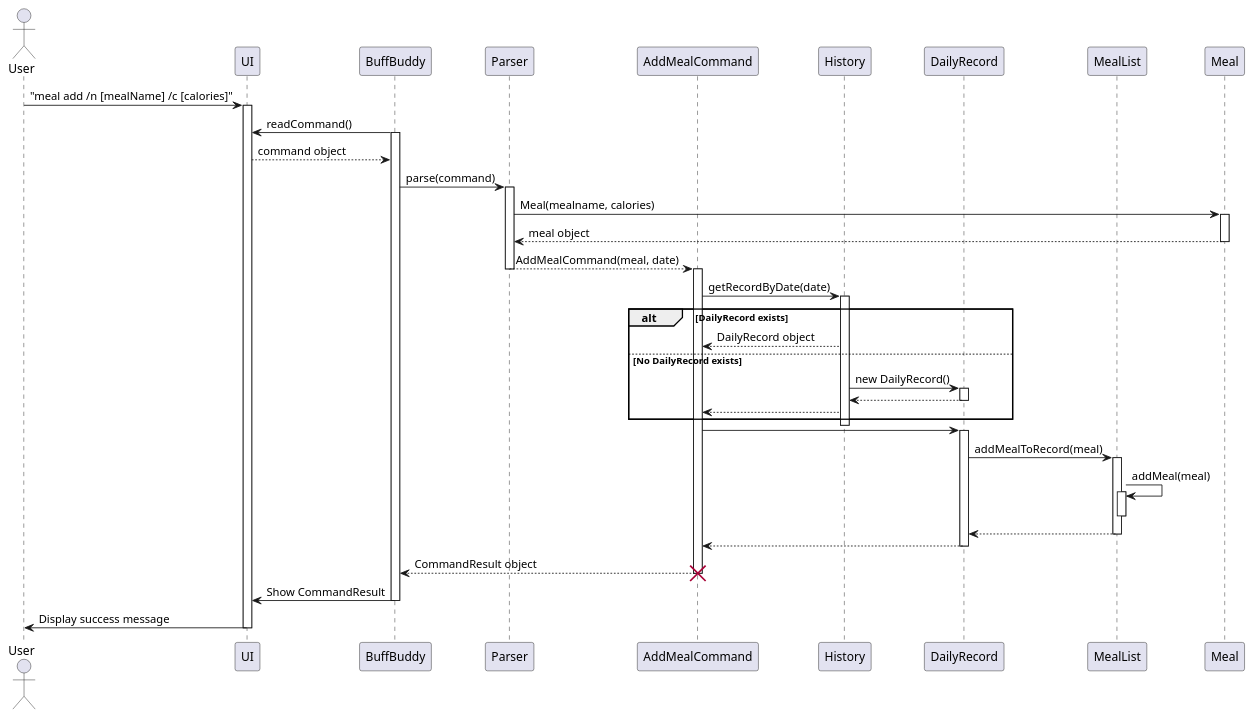
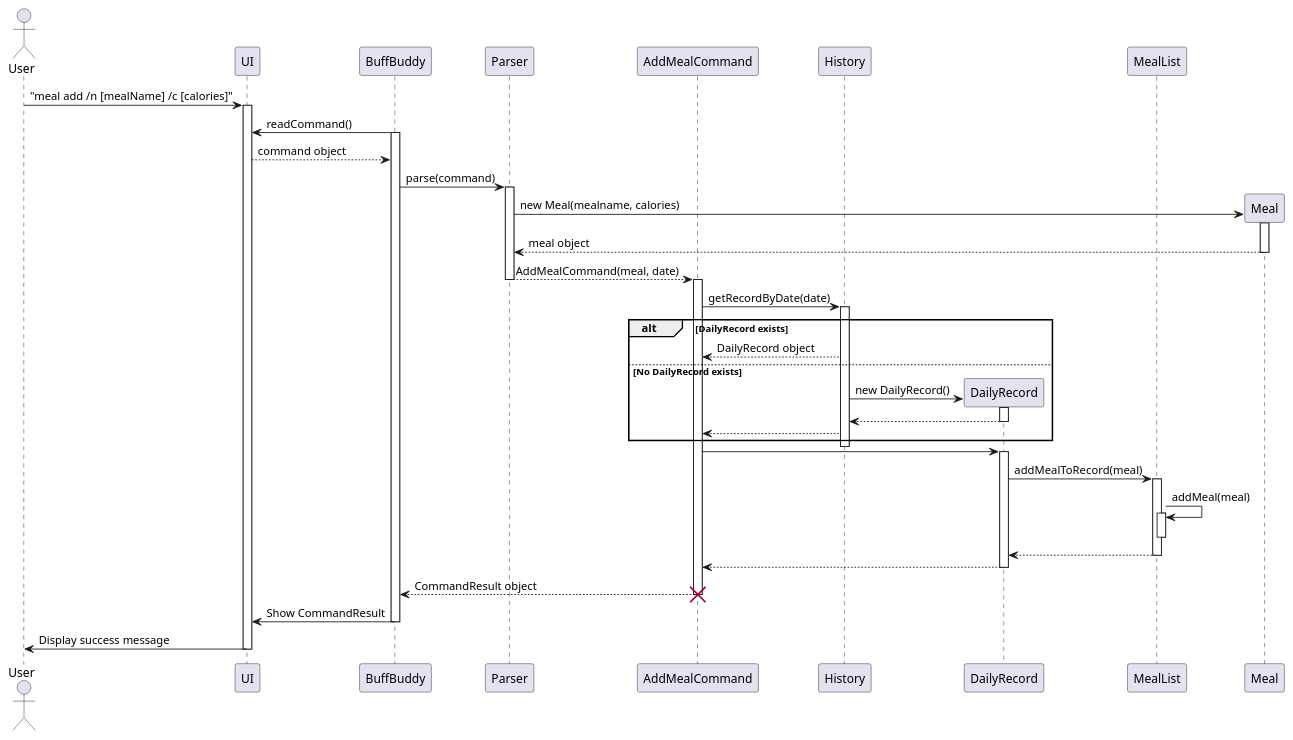
The diagram in docs/diagrams/addMealSequenceDiagram.puml (nus-cs2113-AY2425S1/tp), drawn with PlantUML before and after one commit. The commit also changed 2 other files, not shown here.

Commit message:
Edited DG and added constructors to sequence diagrams

```diff
--- a/docs/diagrams/addMealSequenceDiagram.puml
+++ b/docs/diagrams/addMealSequenceDiagram.puml
@@ -1,68 +1,70 @@
 @startuml
 actor User
 participant "UI" as UI
 participant "BuffBuddy" as BB
 participant "Parser" as Parser
 participant "AddMealCommand" as AddCmd
 participant "History" as History
 participant "DailyRecord" as DailyRec
 participant "MealList" as MealList
 participant "Meal" as Meal
 
 User -> UI: "meal add /n [mealName] /c [calories]"
 activate UI
 BB -> UI: readCommand()
 activate BB
 UI --> BB: command object
 BB -> Parser: parse(command)
 activate Parser
 
-Parser -> Meal: Meal(mealname, calories)
+create Meal
+Parser -> Meal: new Meal(mealname, calories)
 activate Meal
 Meal --> Parser: meal object
 deactivate Meal
 
 Parser --> AddCmd: AddMealCommand(meal, date)
 deactivate Parser
 activate AddCmd
 
 AddCmd -> History: getRecordByDate(date)
 activate History
 
 alt DailyRecord exists
   History --> AddCmd: DailyRecord object
 else No DailyRecord exists
+create DailyRec
   History -> DailyRec: new DailyRecord()
   activate DailyRec
   DailyRec --> History
   deactivate DailyRec
   History --> AddCmd
 end
 deactivate History
 
 AddCmd -> DailyRec:
 activate DailyRec
 
 DailyRec -> MealList: addMealToRecord(meal)
 activate MealList
 MealList -> MealList: addMeal(meal)
 activate MealList
 
 deactivate MealList
 MealList --> DailyRec
 deactivate MealList
 
 
 DailyRec --> AddCmd
 deactivate DailyRec
 
 AddCmd --> BB: CommandResult object
 deactivate AddCmd
 destroy AddCmd
 
 BB -> UI: Show CommandResult
 deactivate BB
 
 UI -> User: Display success message
 deactivate UI
 @enduml
```
